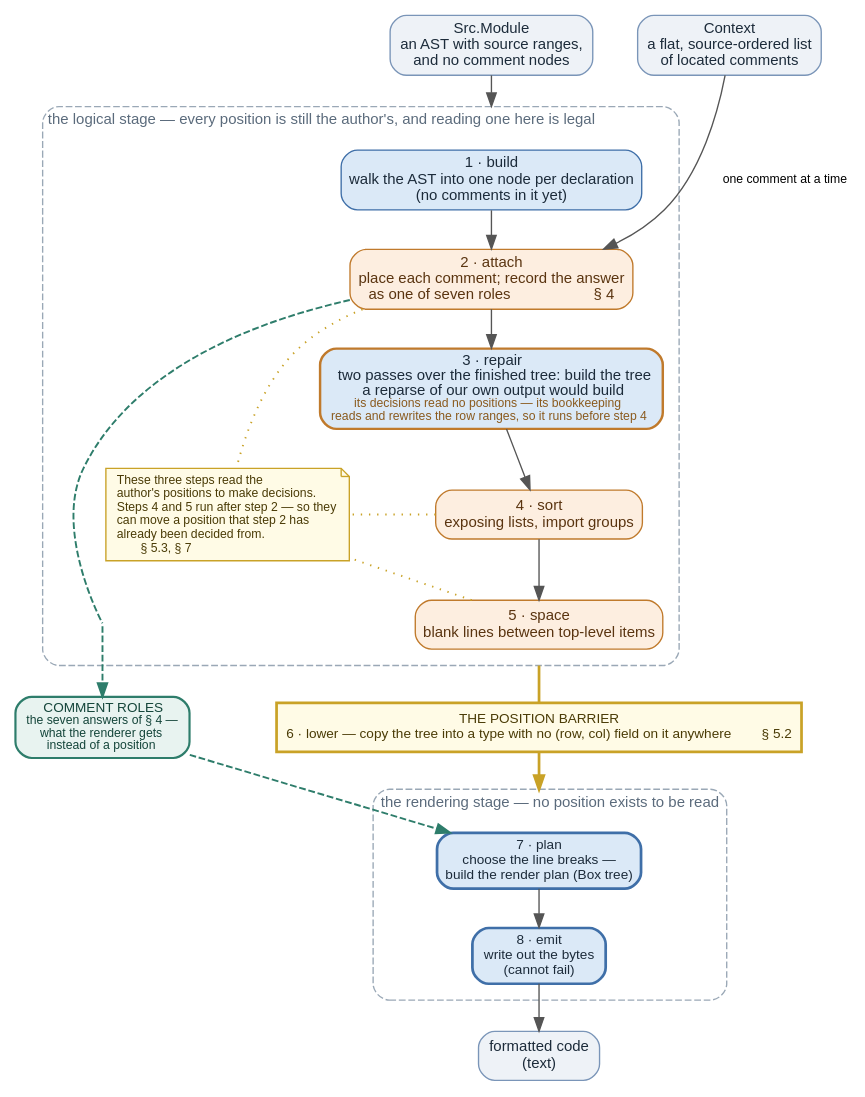
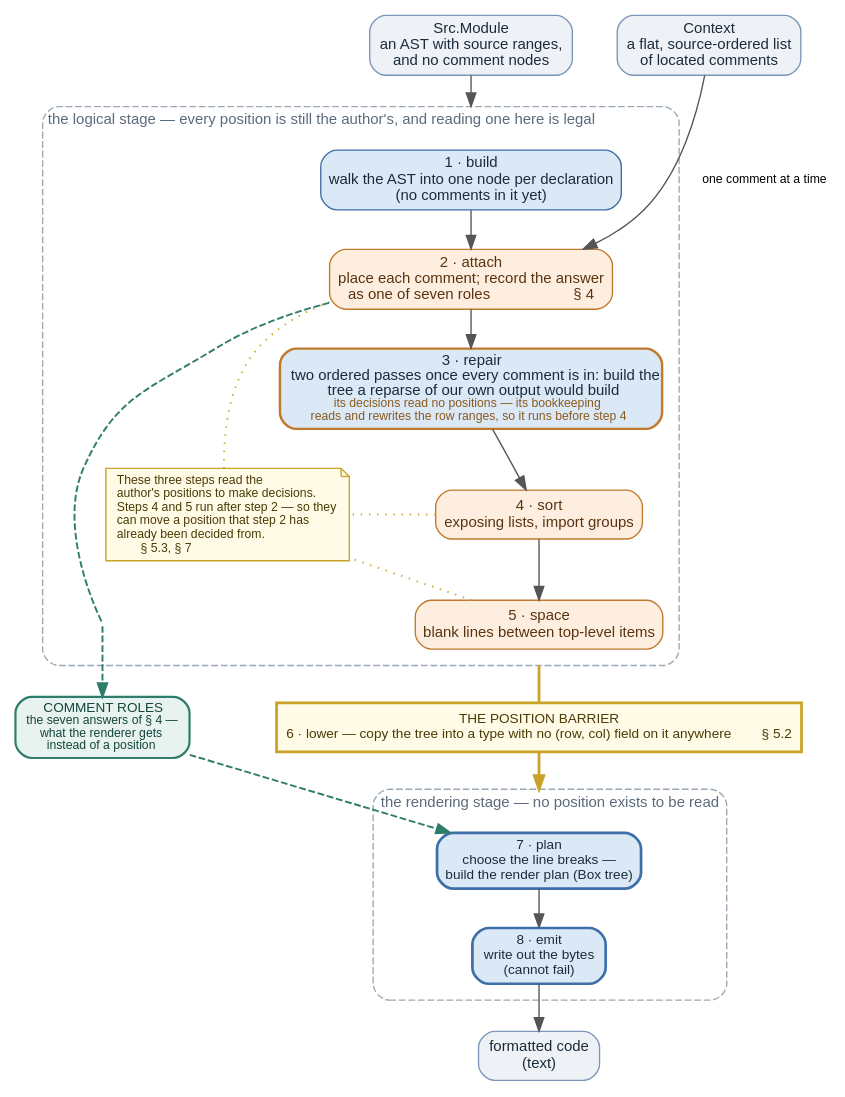
The diagram in docs/diagrams/position-barrier.dot (gilramir/gren-format-lib), drawn with Graphviz before and after one commit. The commit also changed 3 other files, not shown here.

First line of the commit message:
Correct the "two passes over the whole tree" repair wording

```diff
--- a/docs/diagrams/position-barrier.dot
+++ b/docs/diagrams/position-barrier.dot
@@ -1,105 +1,105 @@
 // The eight pipeline steps and where the position barrier falls.
 // Used by docs/puttingCommentsBack.md §3.5.
 digraph PositionBarrier {
     rankdir=TB;
     bgcolor="white";
     fontname="Helvetica,Arial,sans-serif";
     fontsize=12;
     ranksep=0.38;
     nodesep=0.45;
     compound=true;
 
     node [fontname="Helvetica,Arial,sans-serif", fontsize=11];
     edge [fontname="Helvetica,Arial,sans-serif", fontsize=9, color="#555555"];
 
     // ── What the compiler's parser hands over ────────────────────
     node [shape=box, style="rounded,filled", fillcolor="#eef2f7", color="#7a95b8", fontcolor="#1c2b3a"];
     ast [group="flow", label="Src.Module\nan AST with source ranges,\nand no comment nodes"];
     ctx [label="Context\na flat, source-ordered list\nof located comments"];
     out [group="flow", label="formatted code\n(text)"];
 
     // ── The logical stage ────────────────────────────────────────
     subgraph cluster_logical {
         label="the logical stage — every position is still the author's, and reading one here is legal";
         labeljust="l";
         fontsize=11;
         fontcolor="#5b6b7c";
         style="dashed,rounded";
         color="#9aa8b6";
         margin=12;
 
         // steps whose DECISIONS do not read the author's positions
         node [shape=box, style="rounded,filled", fillcolor="#dbe9f7", color="#3f6fa8", fontcolor="#1c2b3a"];
         s1 [group="flow", label="1 · build\nwalk the AST into one node per declaration\n(no comments in it yet)"];
         s3 [group="flow", color="#c07a2c", penwidth=1.8,
-            label=<3 · repair<BR/>two passes over the finished tree: build the tree<BR/>a reparse of our own output would build<BR/><FONT POINT-SIZE="9" COLOR="#8a5a1e">its decisions read no positions — its bookkeeping<BR/>reads and rewrites the row ranges, so it runs before step 4</FONT>>];
+            label=<3 · repair<BR/>two ordered passes once every comment is in: build the<BR/>tree a reparse of our own output would build<BR/><FONT POINT-SIZE="9" COLOR="#8a5a1e">its decisions read no positions — its bookkeeping<BR/>reads and rewrites the row ranges, so it runs before step 4</FONT>>];
 
         // steps that DO read the author's positions
         node [shape=box, style="rounded,filled", fillcolor="#fdeee0", color="#c07a2c", fontcolor="#5a3410"];
         s2 [group="flow", label="2 · attach\nplace each comment; record the answer\nas one of seven roles                    § 4"];
         s4 [group="flow", label="4 · sort\nexposing lists, import groups"];
         s5 [group="flow", label="5 · space\nblank lines between top-level items"];
 
         node [shape=note, style=filled, fillcolor="#fffbe6", color="#c9a227", fontcolor="#4a3b06", fontsize=9];
         posNote [label="These three steps read the\lauthor's positions to make decisions.\lSteps 4 and 5 run after step 2 — so they\lcan move a position that step 2 has\lalready been decided from.\l        § 5.3, § 7\l"];
 
         s1 -> s2 -> s3 -> s4 -> s5;
         { rank=same; s4; posNote }
 
         // One invisible waypoint low on the left: enough to pull the roles edge
         // down the west side rather than around the east, without turning it
         // into a polyline.
         wl [shape=point, width=0.02, height=0.02, style=invis, label=""];
         { rank=same; wl; s5 }
         wl -> s5 [style=invis];
     }
 
     // ── The barrier itself ───────────────────────────────────────
     node [shape=box, style="filled", fillcolor="#fffbe6", color="#c9a227", fontcolor="#4a3b06", fontsize=10, penwidth=2];
     roles [shape=box, style="rounded,filled", fillcolor="#e8f3f0", color="#2e7d6b",
            fontcolor="#14453a", fontsize=10, penwidth=1.6,
            label=<COMMENT ROLES<BR/><FONT POINT-SIZE="9">the seven answers of § 4 —<BR/>what the renderer gets<BR/>instead of a position</FONT>>];
     barrier [group="flow", label="THE POSITION BARRIER\n6 · lower — copy the tree into a type with no (row, col) field on it anywhere        § 5.2"];
 
     { rank=same; roles; barrier }
     roles -> barrier [style=invis];
 
     // ── The rendering stage ──────────────────────────────────────
     subgraph cluster_render {
         label="the rendering stage — no position exists to be read";
         labeljust="l";
         fontsize=11;
         fontcolor="#5b6b7c";
         style="dashed,rounded";
         color="#9aa8b6";
         margin=12;
 
         node [shape=box, style="rounded,filled", fillcolor="#dbe9f7", color="#3f6fa8", fontcolor="#1c2b3a"];
         s7 [group="flow", label="7 · plan\nchoose the line breaks —\nbuild the render plan (Box tree)"];
         s8 [group="flow", label="8 · emit\nwrite out the bytes\n(cannot fail)"];
 
         s7 -> s8;
     }
 
     // ── Flow ─────────────────────────────────────────────────────
     ast -> s1 [lhead=cluster_logical];
     ctx -> s2 [label="  one comment at a time"];
     s5  -> barrier [ltail=cluster_logical, style=bold, color="#c9a227", arrowhead=none];
     barrier -> s7  [lhead=cluster_render, style=bold, color="#c9a227"];
     s8 -> out;
 
     // The one answer that crosses the barrier: positions are dropped, roles are not.
     // `wl` is what keeps this on the WEST side: as an ordinary forward edge into a
     // waypoint below step 2, dot splines it down the left. With constraint=false it
     // would be routed as a back-edge, around the east, however the ports are named.
     edge [style=dashed, penwidth=1.4, color="#2e7d6b", fontcolor="#2e7d6b", fontsize=9, arrowhead=none];
     s2 -> wl [arrowhead=none];
     wl -> roles:n [arrowhead=normal];
     roles -> s7 [arrowhead=normal, constraint=false];
 
     s2 -> posNote [style=dotted, arrowhead=none, color="#c9a227", constraint=false];
     s4 -> posNote [style=dotted, arrowhead=none, color="#c9a227", constraint=false];
     s5 -> posNote [style=dotted, arrowhead=none, color="#c9a227", constraint=false];
 
     { rank=same; ast; ctx }
 }
```
